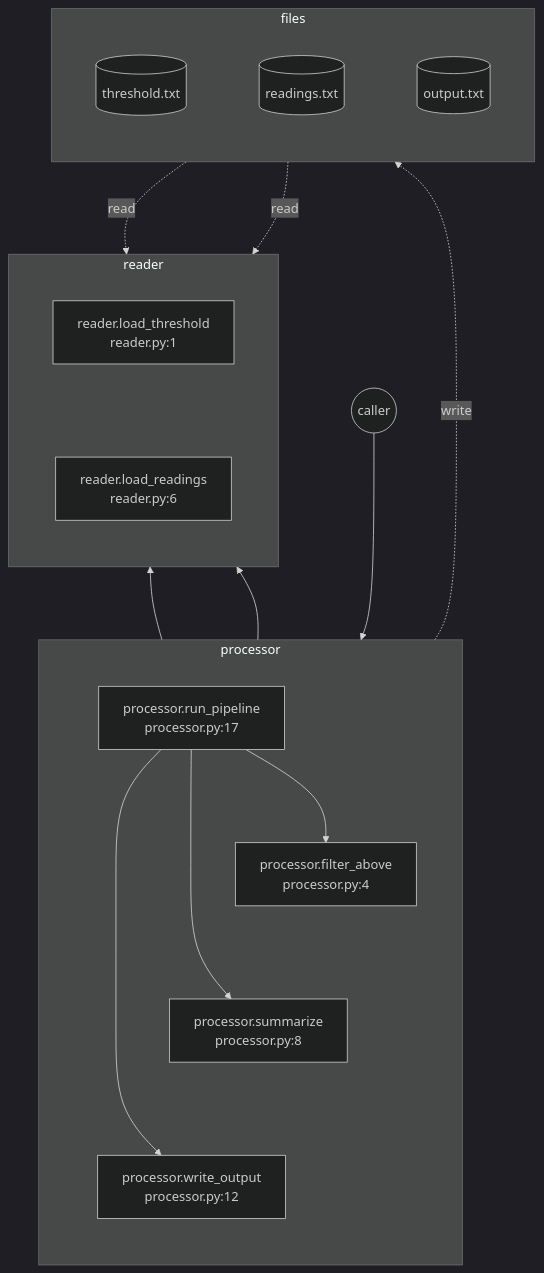
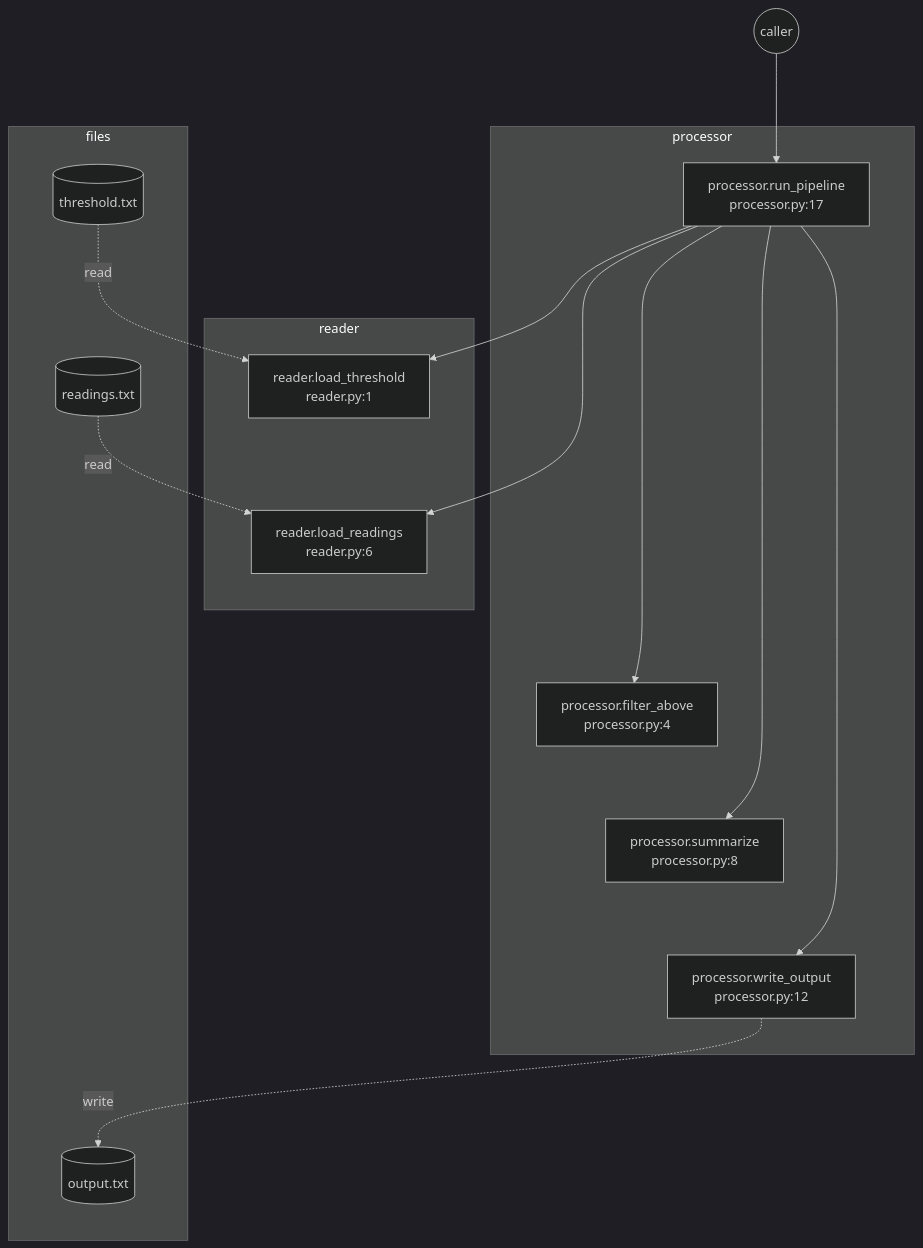
The diagram in examples/pipeline/trace.md (yananchuk/exec_tracer), drawn with Mermaid (dark theme) before and after one commit. The commit also changed 4 other files, not shown here.

Commit message:
Drop direction TB from flowchart subgraphs

````diff
--- a/examples/pipeline/trace.md
+++ b/examples/pipeline/trace.md
@@ -1,36 +1,33 @@
 ```mermaid
 %%{init: {'flowchart': {'nodeSpacing': 90, 'rankSpacing': 90}}}%%
 flowchart TD
     start(("caller"))
     subgraph processor
-        direction TB
     n0["processor.run_pipeline<br/>processor.py:17"]
     n3["processor.filter_above<br/>processor.py:4"]
     n4["processor.summarize<br/>processor.py:8"]
     n5["processor.write_output<br/>processor.py:12"]
     end
     subgraph reader
-        direction TB
     n1["reader.load_threshold<br/>reader.py:1"]
     n2["reader.load_readings<br/>reader.py:6"]
     end
     start --> n0
     n0 --> n1
     n0 --> n2
     n0 --> n3
     n0 --> n4
     n0 --> n5
     n1 ~~~ n2
     n2 ~~~ n3
     n3 ~~~ n4
     n4 ~~~ n5
     subgraph files
-        direction TB
     f0[("threshold.txt")]
     f1[("readings.txt")]
     f2[("output.txt")]
     end
     f0 -.->|read| n1
     f1 -.->|read| n2
     n5 -.->|write| f2
 ```
````
